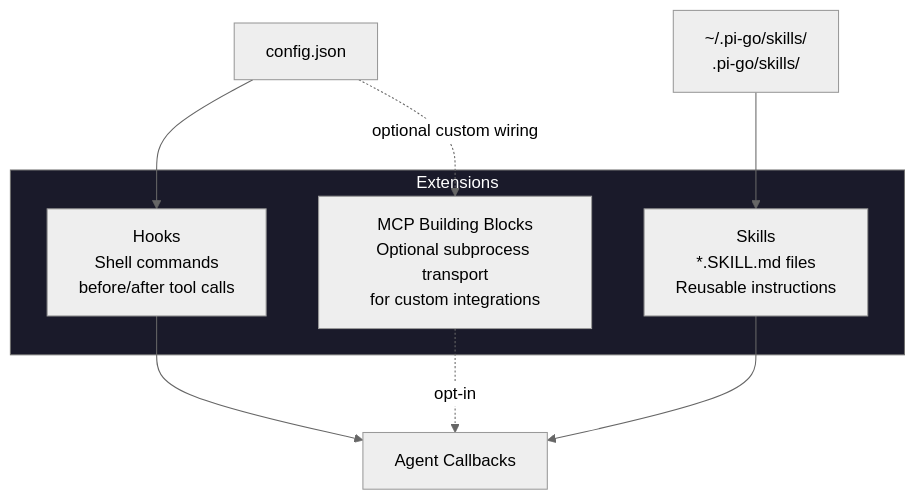
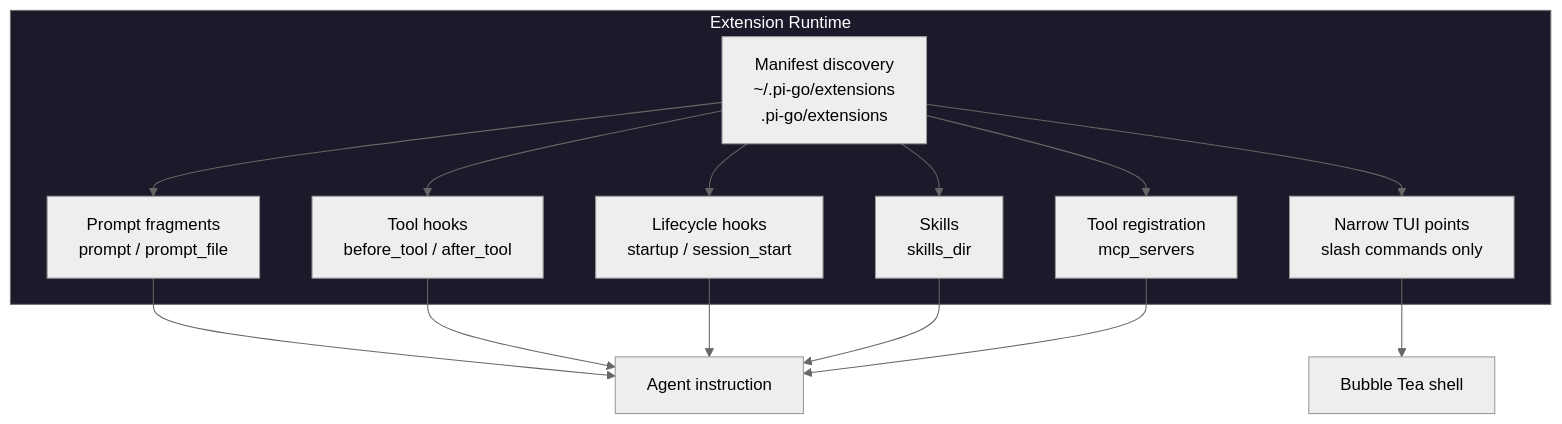
Before and after one commit to Pizzaface/pi-go: the seventh of 12 diagrams in ARCHITECTURE.md, drawn with Mermaid (neutral theme). The commit also changed other lines of this file and 12 other files, not shown here.

Commit message:
feat: add manifest-driven extension runtime

````diff
--- a/ARCHITECTURE.md
+++ b/ARCHITECTURE.md
@@ -321,18 +321,28 @@
 ```mermaid
 graph TD
-    subgraph Extensions
-        hooks["Hooks<br/>Shell commands<br/>before/after tool calls"]
-        skills["Skills<br/>*.SKILL.md files<br/>Reusable instructions"]
-        mcp["MCP Building Blocks<br/>Optional subprocess transport<br/>for custom integrations"]
+    subgraph Runtime["Extension Runtime"]
+        discovery["Manifest discovery<br/>~/.pi-go/extensions<br/>.pi-go/extensions"]
+        prompts["Prompt fragments<br/>prompt / prompt_file"]
+        hooks["Tool hooks<br/>before_tool / after_tool"]
+        lifecycle["Lifecycle hooks<br/>startup / session_start"]
+        skills["Skills<br/>skills_dir"]
+        mcp["Tool registration<br/>mcp_servers"]
+        tui["Narrow TUI points<br/>slash commands only"]
     end
 
-    config["config.json"] --> hooks
-    skilldir["~/.pi-go/skills/<br/>.pi-go/skills/"] --> skills
-    config -. optional custom wiring .-> mcp
+    discovery --> prompts
+    discovery --> hooks
+    discovery --> lifecycle
+    discovery --> skills
+    discovery --> mcp
+    discovery --> tui
 
-    hooks --> agent["Agent Callbacks"]
+    prompts --> agent["Agent instruction"]
+    hooks --> agent
+    lifecycle --> agent
     skills --> agent
-    mcp -. opt-in .-> agent
+    mcp --> agent
+    tui --> tui_shell["Bubble Tea shell"]
 
-    style Extensions fill:#1a1a2a,color:#fff
+    style Runtime fill:#1a1a2a,color:#fff
 ```
````
